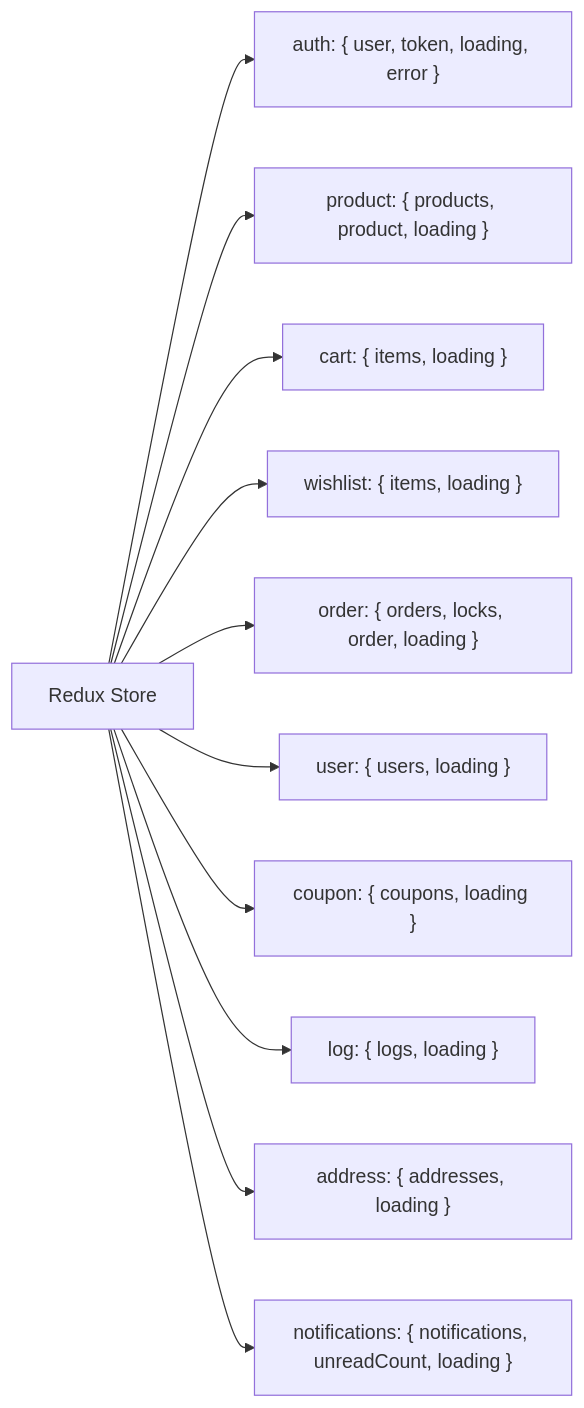
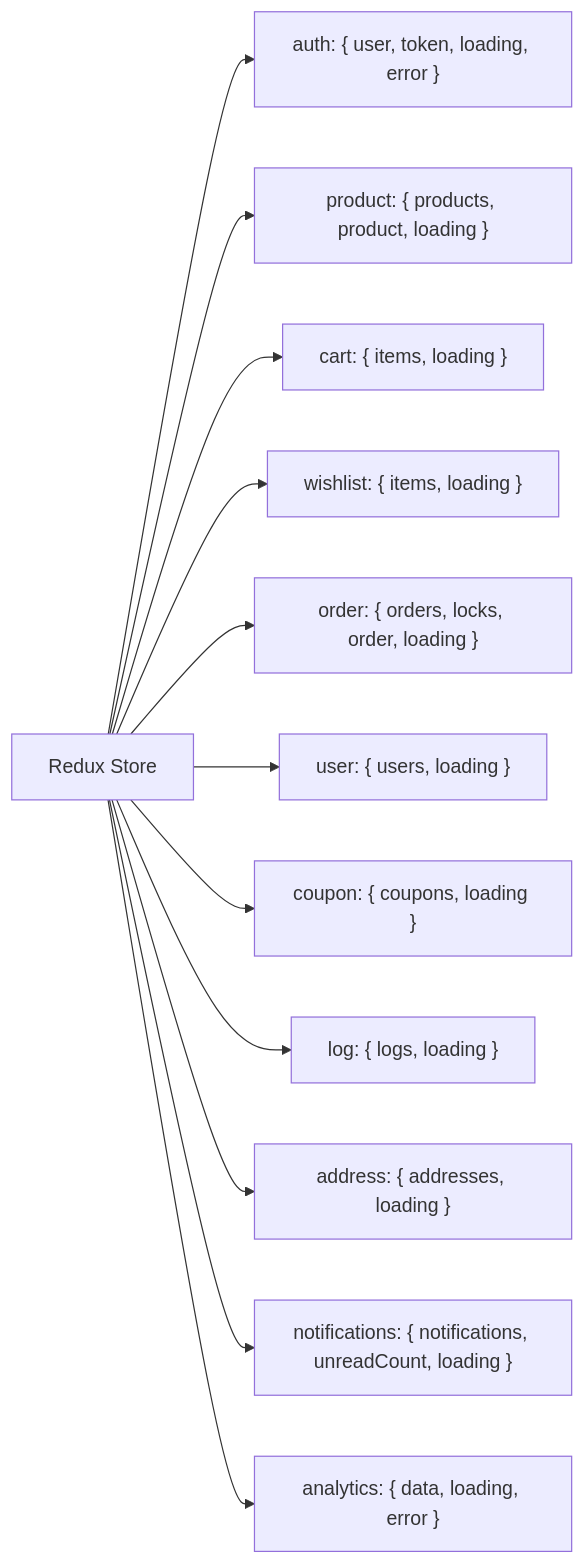
Before and after one commit to Narendrakaduru/QuickCart: the tenth of 12 diagrams in architecture_diagrams.md, drawn with Mermaid. The commit also changed other lines of this file and 17 other files, not shown here.

````diff
--- a/architecture_diagrams.md
+++ b/architecture_diagrams.md
@@ -597,13 +608,14 @@
 ```mermaid
 graph LR
     STORE["Redux Store"] --> AUTH["auth: { user, token, loading, error }"]
     STORE --> PROD["product: { products, product, loading }"]
     STORE --> CART["cart: { items, loading }"]
     STORE --> WL["wishlist: { items, loading }"]
     STORE --> ORD["order: { orders, locks, order, loading }"]
     STORE --> USR["user: { users, loading }"]
     STORE --> CPN["coupon: { coupons, loading }"]
     STORE --> LOG["log: { logs, loading }"]
     STORE --> ADDR["address: { addresses, loading }"]
     STORE --> NOTIF["notifications: { notifications, unreadCount, loading }"]
+    STORE --> ANLY["analytics: { data, loading, error }"]
 ```
````
